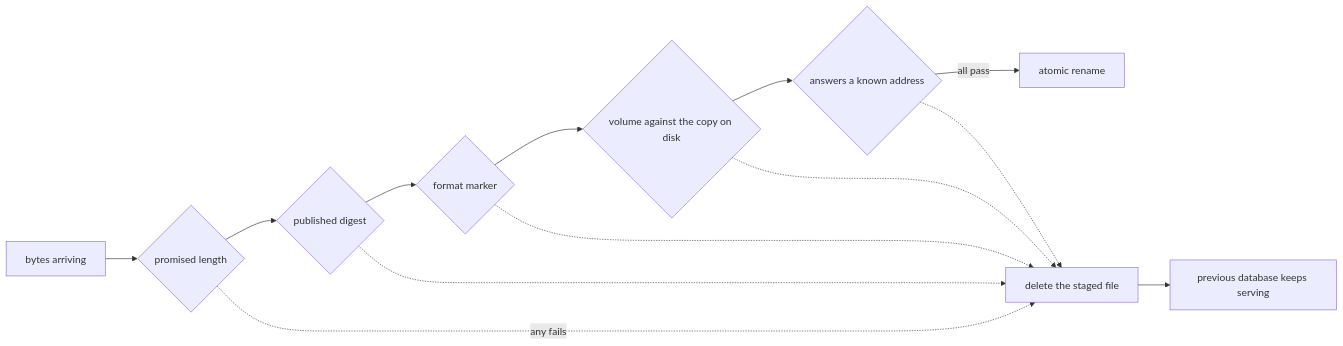
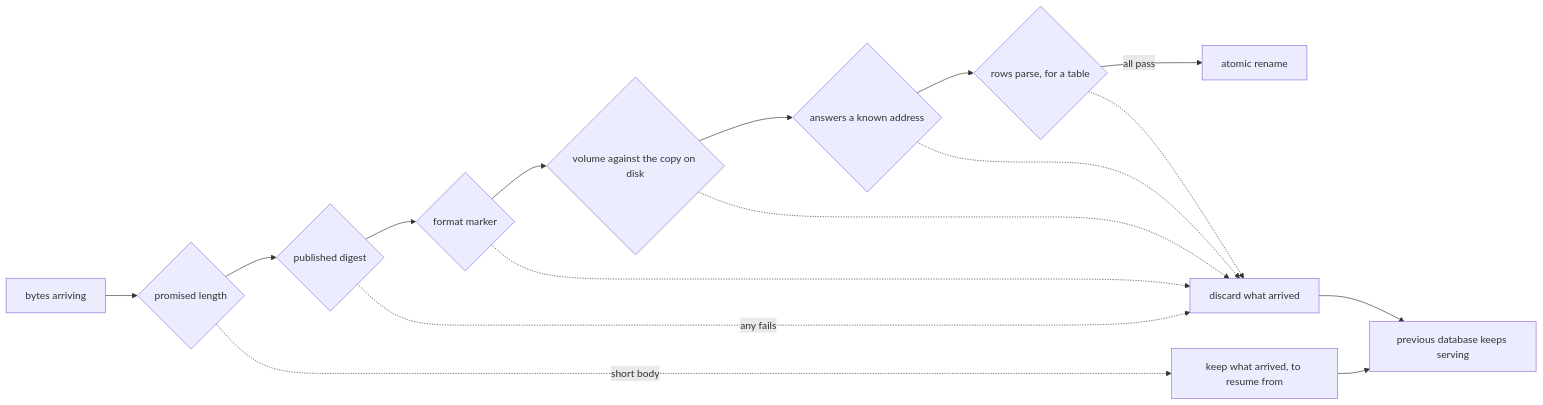
One commit to hyperi-io/factbook-rs changed the second of 2 diagrams in docs/architecture.md. Above: the diagram before and after it, drawn with Mermaid. The commit also changed other lines of this file and 34 other files, not shown here.

````diff
--- a/docs/architecture.md
+++ b/docs/architecture.md
@@ -51,16 +51,19 @@
 ```mermaid
 flowchart LR
     S[bytes arriving] --> L{promised length}
     L --> G{published digest}
     G --> M{format marker}
     M --> Z{volume against the copy on disk}
     Z --> K{answers a known address}
-    K -->|all pass| R[atomic rename]
+    K --> T{rows parse, for a table}
+    T -->|all pass| R[atomic rename]
 
-    L -.->|any fails| X[delete the staged file]
-    G -.-> X
+    L -.->|short body| Q[keep what arrived, to resume from]
+    G -.->|any fails| X[discard what arrived]
     M -.-> X
     Z -.-> X
     K -.-> X
+    T -.-> X
     X --> P[previous database keeps serving]
+    Q --> P
 ```
````
